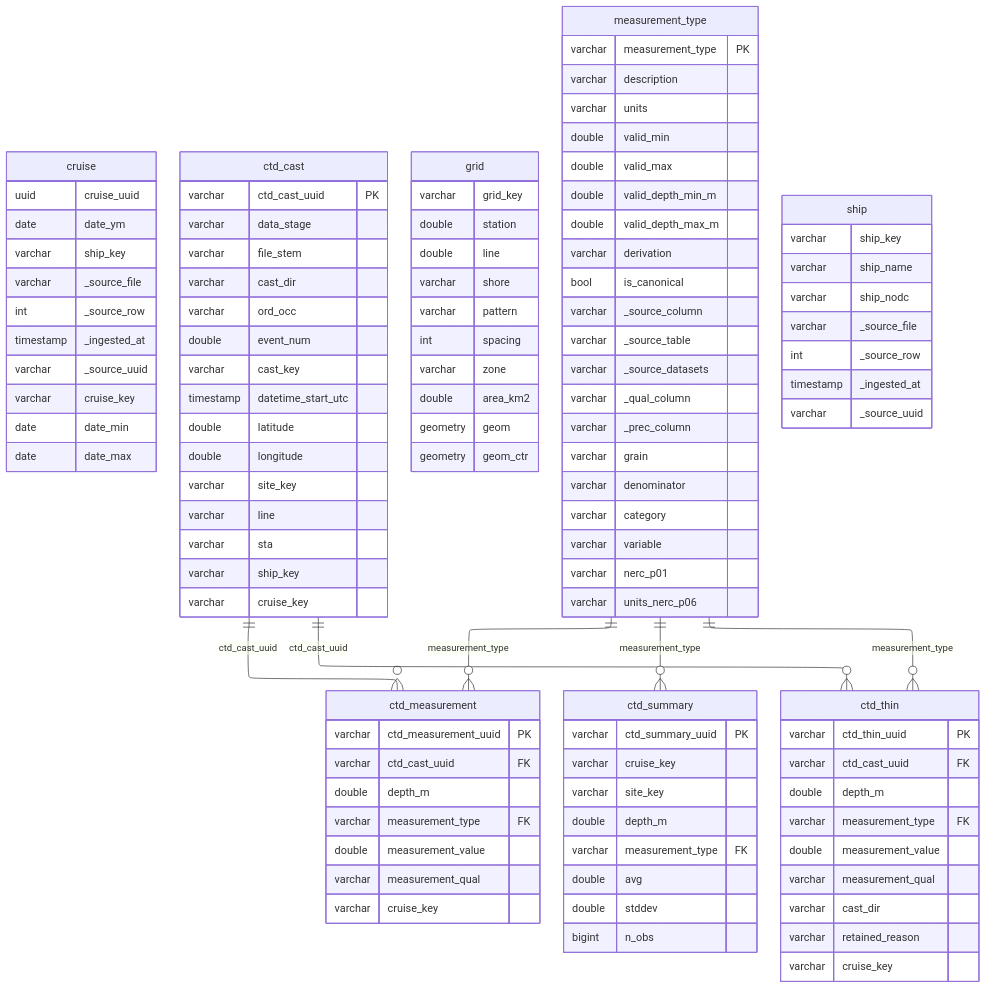
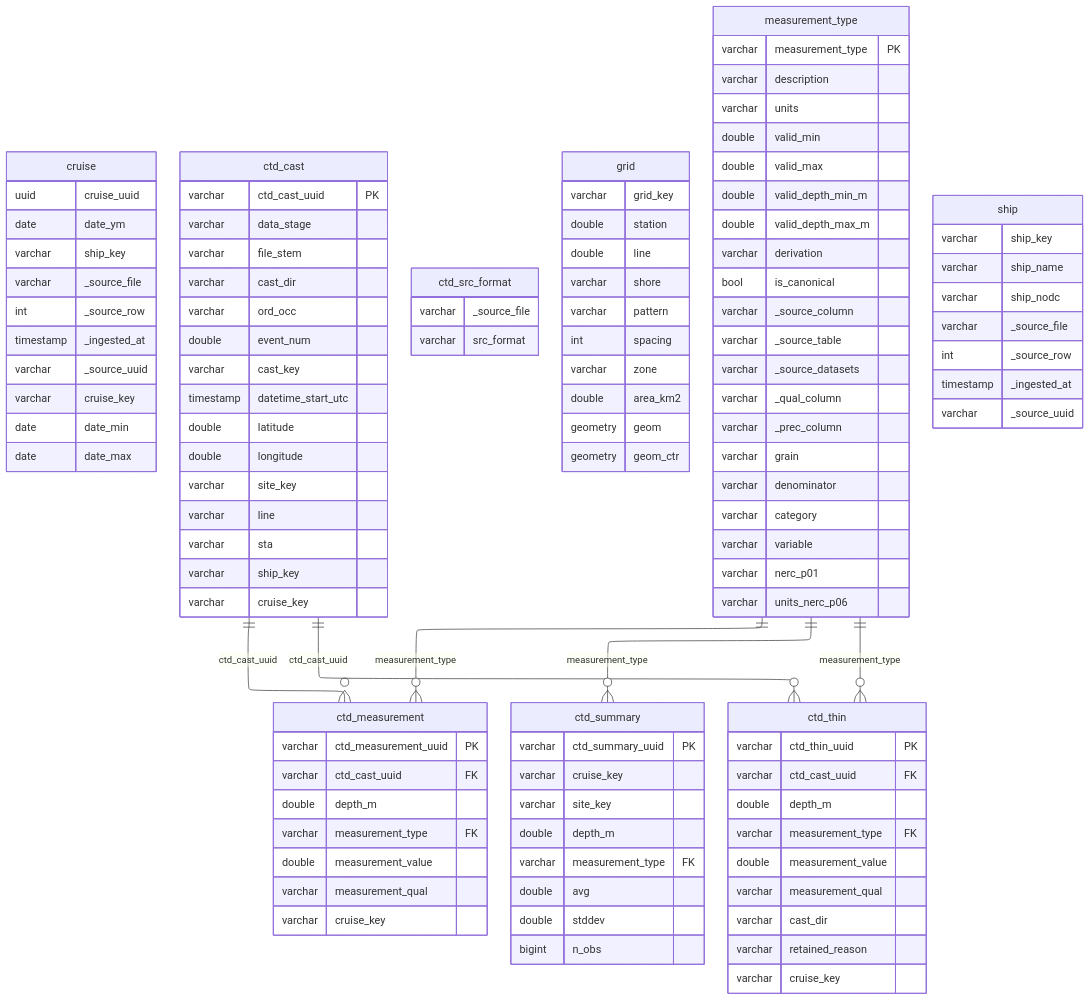
One commit to CalCOFI/workflows changed the diagram in _output/ingest_calcofi_ctd-cast_files/figure-html/schema-1.mmd. Above: the diagram before and after it, drawn with Mermaid. The commit also changed 4 other files, not shown here.

```diff
--- a/_output/ingest_calcofi_ctd-cast_files/figure-html/schema-1.mmd
+++ b/_output/ingest_calcofi_ctd-cast_files/figure-html/schema-1.mmd
@@ -1,112 +1,116 @@
 ---
 config:
   layout: elk
 ---
 erDiagram
     cruise {
         uuid cruise_uuid
         date date_ym
         varchar ship_key
         varchar _source_file
         int _source_row
         timestamp _ingested_at
         varchar _source_uuid
         varchar cruise_key
         date date_min
         date date_max
     }
     ctd_cast {
         varchar ctd_cast_uuid PK
         varchar data_stage
         varchar file_stem
         varchar cast_dir
         varchar ord_occ
         double event_num
         varchar cast_key
         timestamp datetime_start_utc
         double latitude
         double longitude
         varchar site_key
         varchar line
         varchar sta
         varchar ship_key
         varchar cruise_key
     }
     ctd_measurement {
         varchar ctd_measurement_uuid PK
         varchar ctd_cast_uuid FK
         double depth_m
         varchar measurement_type FK
         double measurement_value
         varchar measurement_qual
         varchar cruise_key
+    }
+    ctd_src_format {
+        varchar _source_file
+        varchar src_format
     }
     ctd_summary {
         varchar ctd_summary_uuid PK
         varchar cruise_key
         varchar site_key
         double depth_m
         varchar measurement_type FK
         double avg
         double stddev
         bigint n_obs
     }
     ctd_thin {
         varchar ctd_thin_uuid PK
         varchar ctd_cast_uuid FK
         double depth_m
         varchar measurement_type FK
         double measurement_value
         varchar measurement_qual
         varchar cast_dir
         varchar retained_reason
         varchar cruise_key
     }
     grid {
         varchar grid_key
         double station
         double line
         varchar shore
         varchar pattern
         int spacing
         varchar zone
         double area_km2
         geometry geom
         geometry geom_ctr
     }
     measurement_type {
         varchar measurement_type PK
         varchar description
         varchar units
         double valid_min
         double valid_max
         double valid_depth_min_m
         double valid_depth_max_m
         varchar derivation
         bool is_canonical
         varchar _source_column
         varchar _source_table
         varchar _source_datasets
         varchar _qual_column
         varchar _prec_column
         varchar grain
         varchar denominator
         varchar category
         varchar variable
         varchar nerc_p01
         varchar units_nerc_p06
     }
     ship {
         varchar ship_key
         varchar ship_name
         varchar ship_nodc
         varchar _source_file
         int _source_row
         timestamp _ingested_at
         varchar _source_uuid
     }
     ctd_cast ||--o{ ctd_measurement : "ctd_cast_uuid"
     ctd_cast ||--o{ ctd_thin : "ctd_cast_uuid"
     measurement_type ||--o{ ctd_measurement : "measurement_type"
     measurement_type ||--o{ ctd_thin : "measurement_type"
     measurement_type ||--o{ ctd_summary : "measurement_type"
```
